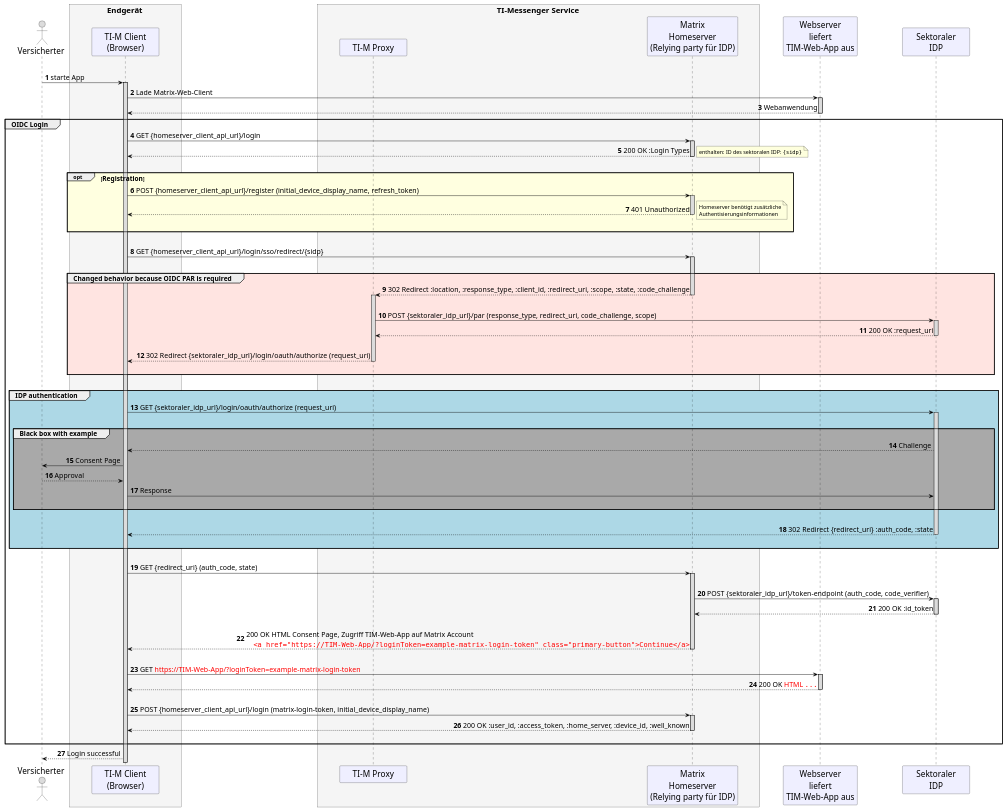
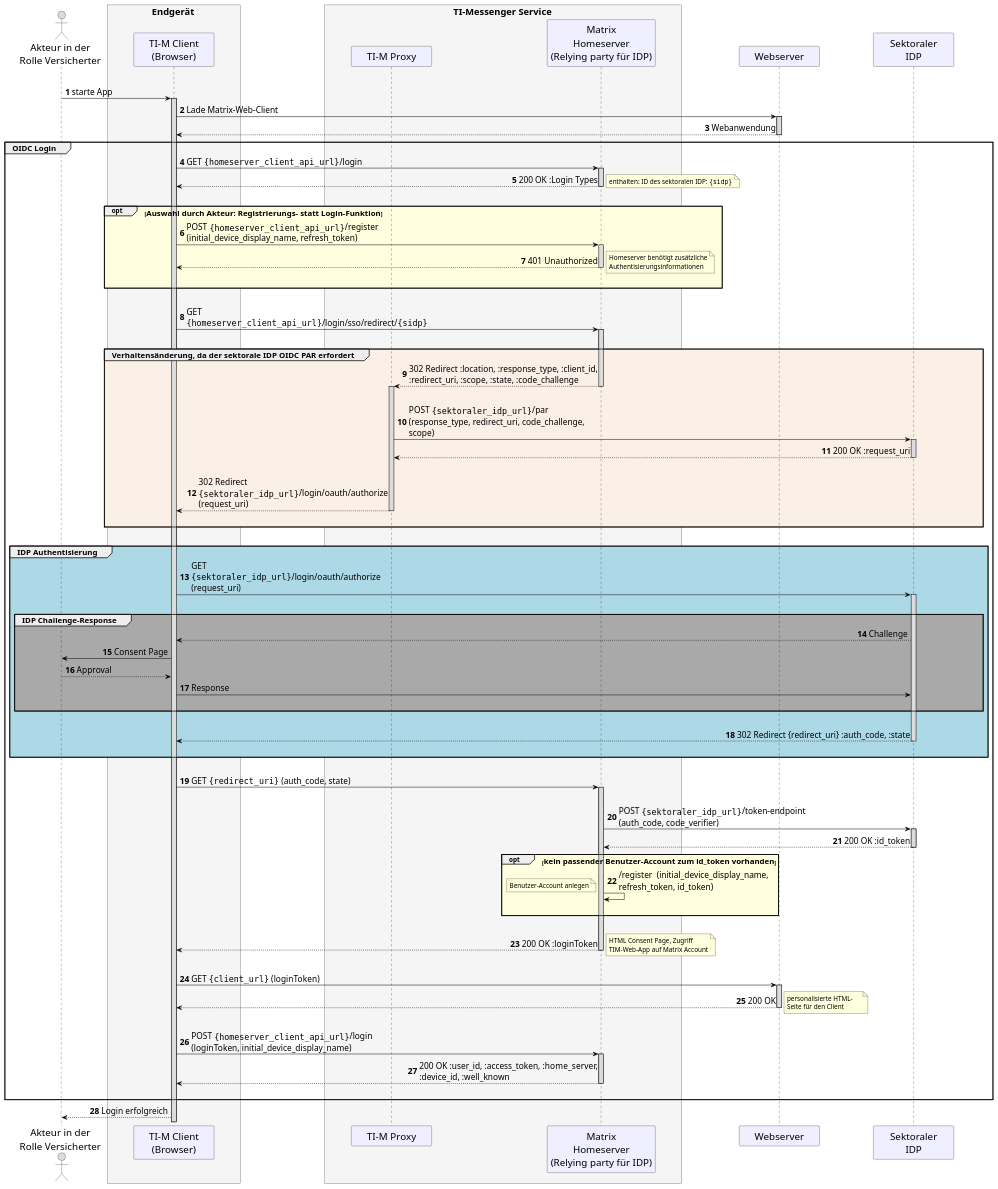
One commit to gematik/api-ti-messenger changed the diagram in src/plantuml/TI-M_ePA/TI-Messenger_OIDC_login_fdv_simplified.puml. Above: the diagram before and after it, drawn with PlantUML. The commit also changed 1 other file, not shown here.

```diff
--- a/src/plantuml/TI-M_ePA/TI-Messenger_OIDC_login_fdv_simplified.puml
+++ b/src/plantuml/TI-M_ePA/TI-Messenger_OIDC_login_fdv_simplified.puml
@@ -1,117 +1,125 @@
-@startuml "TI-Messenger_OIDC_Login"
+@startuml "TI-Messenger_OIDC_Login_simplified"
 skinparam sequenceMessageAlign direction
 skinparam WrapWidth 300
 skinparam minClassWidth 150
 skinparam BoxPadding 1
 skinparam ParticipantPadding 50
 skinparam sequenceReferenceHeaderBackgroundColor palegreen
 scale max 2048 width
+skinparam maxMessageSize 400
 
 skinparam sequence {
 ArrowColor black
 ArrowFontSize 17
 ActorBorderColor black
 LifeLineBorderColor black
 LifeLineBackgroundColor Gainsboro
 
 ParticipantBorderColor Motivation
 ParticipantBackgroundColor Motivation
 ParticipantFontSize 20
 ParticipantFontColor black
 ParticipantBorderColor Black
 ParticipantBackgroundColor MOTIVATION
 
 ActorBackgroundColor Gainsboro
 ActorFontColor black
 ActorFontSize 20
 }
 
 autonumber
 
-actor us as "Versicherter"
+actor us as "Akteur in der\nRolle Versicherter"
 box <size:19>Endgerät</size> #WhiteSmoke
   participant app as "TI-M Client\n(Browser)"
 end box
 box <size:19>TI-Messenger Service</size> #WhiteSmoke
   participant pr as "TI-M Proxy"
   participant hs as "Matrix\nHomeserver\n(Relying party für IDP)"
 end box
-participant mc as "Webserver\nliefert\nTIM-Web-App aus"
+participant mc as "Webserver"
 participant idp as "Sektoraler\nIDP"
 
 |||
 
 us -> app: starte App
 
 activate app
   app -> mc: Lade Matrix-Web-Client
   activate mc
   mc --> app --: Webanwendung
   group <size:16>OIDC Login</size>
-    app -> hs ++: GET {homeserver_client_api_url}/login
+    app -> hs ++: GET ""{homeserver_client_api_url}""/login
     hs --> app --: 200 OK :Login Types
     note right
     enthalten: ID des sektoralen IDP: ""{sidp}""
     end note
     |||
-    opt #LightYellow <size:16>Registration</size>
-    app -> hs ++: POST {homeserver_client_api_url}/register (initial_device_display_name, refresh_token)
+    opt #LightYellow <size:16>Auswahl durch Akteur: Registrierungs- statt Login-Funktion</size>
+    app -> hs ++: POST ""{homeserver_client_api_url}""/register (initial_device_display_name, refresh_token)
     hs --> app --: 401 Unauthorized
     note right
     Homeserver benötigt zusätzliche Authentisierungsinformationen
     end note
     |||
-    end 'opt
+    end
     |||
-    app -> hs++: GET {homeserver_client_api_url}/login/sso/redirect/{sidp}
+    app -> hs++: GET ""{homeserver_client_api_url}""/login/sso/redirect/""{sidp}""
     |||
-    group #MistyRose <size:16>Changed behavior because OIDC PAR is required</size>
+    group #Linen <size:16>Verhaltensänderung, da der sektorale IDP OIDC PAR erfordert</size>
       hs --> pr --++: 302 Redirect :location, :response_type, :client_id, :redirect_uri, :scope, :state, :code_challenge
       |||
-      pr -> idp ++: POST {sektoraler_idp_url}/par (response_type, redirect_uri, code_challenge, scope)
+      pr -> idp ++: POST ""{sektoraler_idp_url}""/par (response_type, redirect_uri, code_challenge, scope)
 
       idp --> pr --: 200 OK :request_uri
       |||
-      pr --> app --: 302 Redirect {sektoraler_idp_url}/login/oauth/authorize (request_uri)
+      pr --> app --: 302 Redirect ""{sektoraler_idp_url}""/login/oauth/authorize (request_uri)
       |||
-    end 'group
+    end
     |||
-    group #LightBlue <size:16>IDP authentication</size>
-      app -> idp ++: GET	{sektoraler_idp_url}/login/oauth/authorize (request_uri)
+    group #LightBlue <size:16>IDP Authentisierung</size>
+      app -> idp ++: GET ""{sektoraler_idp_url}""/login/oauth/authorize (request_uri)
       |||
-      group #DarkGray <size:16>Black box with example</size>
+      group #DarkGray <size:16>IDP Challenge-Response</size>
         idp --> app: Challenge
         app -> us: Consent Page
         us --> app: Approval
         app -> idp: Response
-
       |||
-      end 'group
+      end
       |||
       idp --> app --: 302 Redirect {redirect_uri} :auth_code, :state
       |||
-    end 'group
+    end
     |||
-    app -> hs ++: GET {redirect_uri} (auth_code, state)
+    app -> hs ++: GET ""{redirect_uri}"" (auth_code, state)
     |||
-    hs -> idp ++: POST {sektoraler_idp_url}/token-endpoint (auth_code, code_verifier)
+    hs -> idp ++: POST ""{sektoraler_idp_url}""/token-endpoint (auth_code, code_verifier)
     idp --> hs --: 200 OK :id_token
+    opt #LightYellow <size:16>kein passender Benutzer-Account zum id_token vorhanden</size>
+    hs -> hs: /register  (initial_device_display_name, refresh_token, id_token)
+    note left
+    Benutzer-Account anlegen
+    end note
     |||
-
-    hs --> app --: 200 OK HTML Consent Page, Zugriff TIM-Web-App auf Matrix Account\n\
-    <font color=red>""<a href="https://TIM-Web-App/?loginToken=example-matrix-login-token" class="primary-button">Continue</a>""</font>
-
-
+    end
     |||
-    app -> mc ++: GET <font color=red>https://TIM-Web-App/?loginToken=example-matrix-login-token</font>
-    mc --> app--: 200 OK <font color=red>HTML ""...""</font>
+    hs --> app --: 200 OK :loginToken
+    note right
+    HTML Consent Page, Zugriff
+    TIM-Web-App auf Matrix Account
+    end note
     |||
-
-    app -> hs ++: POST {homeserver_client_api_url}/login (matrix-login-token, initial_device_display_name)
-
+    app -> mc ++: GET ""{client_url}"" (loginToken)
+    mc --> app--: 200 OK
+    note right
+    personalisierte HTML-
+    Seite für den Client
+    end note
+    |||
+    app -> hs ++: POST ""{homeserver_client_api_url}""/login (loginToken, initial_device_display_name)
     hs --> app --: 200 OK :user_id, :access_token, :home_server, :device_id, :well_known
-
     |||
-  end 'group
-  app --> us: Login successful
+  end
+  app --> us: Login erfolgreich
 @enduml
```
